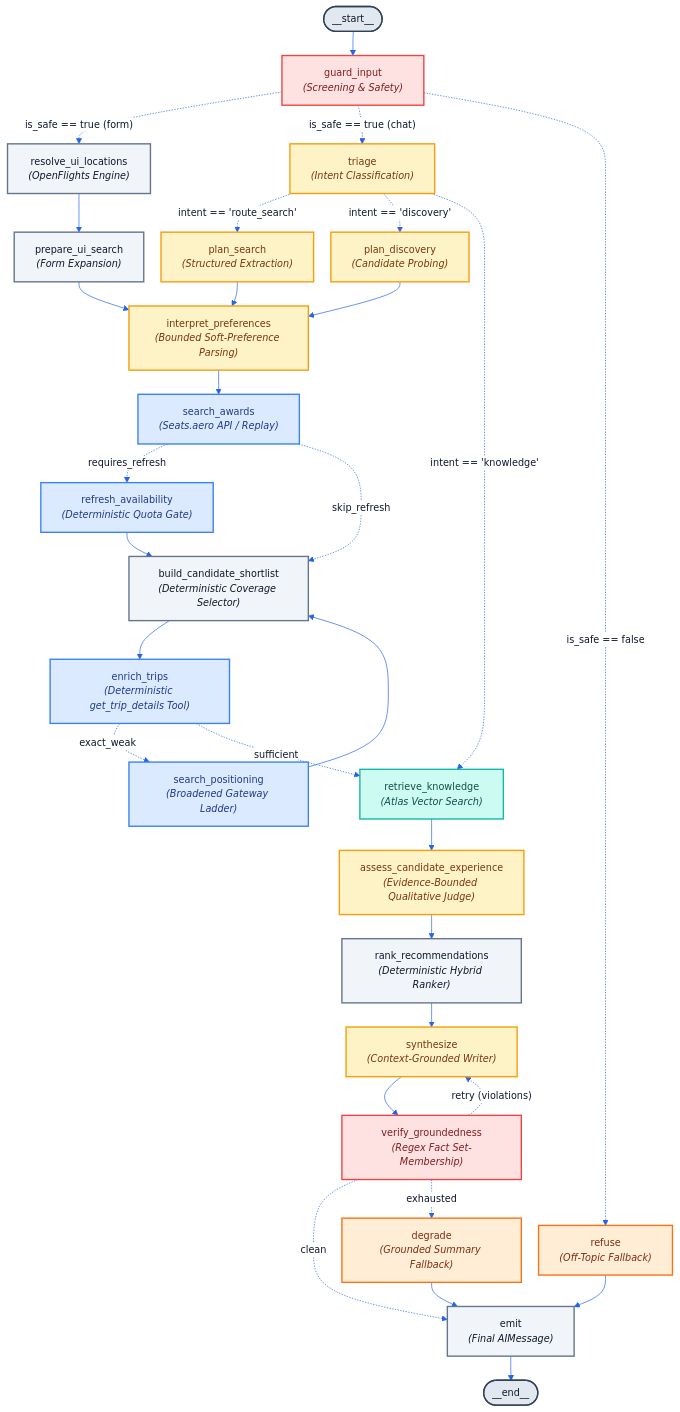
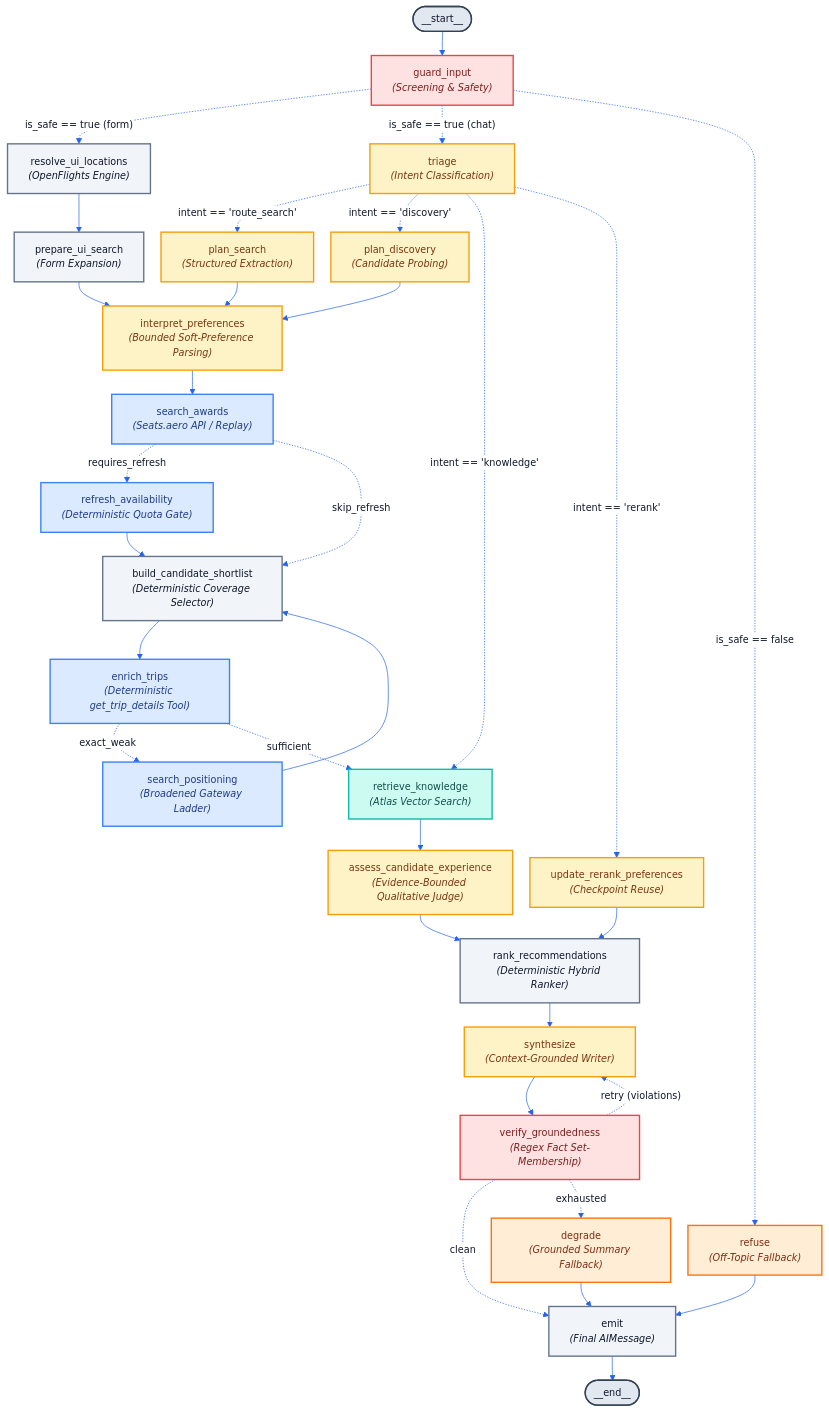
Before and after one commit to david-vest/award-travel-agent: the second of 3 diagrams in Architecture.md, drawn with Mermaid. The commit also changed other lines of this file and 30 other files, not shown here.

```diff
--- a/Architecture.md
+++ b/Architecture.md
@@ -118,6 +118,7 @@
   
   RAG["retrieve_knowledge<br/><i>(Atlas Vector Search)</i>"]:::ragNode
   Assess["assess_candidate_experience<br/><i>(Evidence-Bounded Qualitative Judge)</i>"]:::llmNode
+  Rerank["update_rerank_preferences<br/><i>(Checkpoint Reuse)</i>"]:::llmNode
   Rank["rank_recommendations<br/><i>(Deterministic Hybrid Ranker)</i>"]:::detNode
   Synthesize["synthesize<br/><i>(Context-Grounded Writer)</i>"]:::llmNode
   Verify["verify_groundedness<br/><i>(Regex Fact Set-Membership)</i>"]:::guardNode
@@ -137,6 +138,7 @@
   Triage -.->|"intent == 'route_search'"| PlanSearch
   Triage -.->|"intent == 'discovery'"| PlanDisc
   Triage -.->|"intent == 'knowledge'"| RAG
+  Triage -.->|"intent == 'rerank'"| Rerank
   
   ResolveUI --> PrepareUI
   PrepareUI --> Preferences
@@ -155,6 +157,7 @@
   
   RAG --> Assess
   Assess --> Rank
+  Rerank --> Rank
   Rank --> Synthesize
   Synthesize --> Verify
   
```
